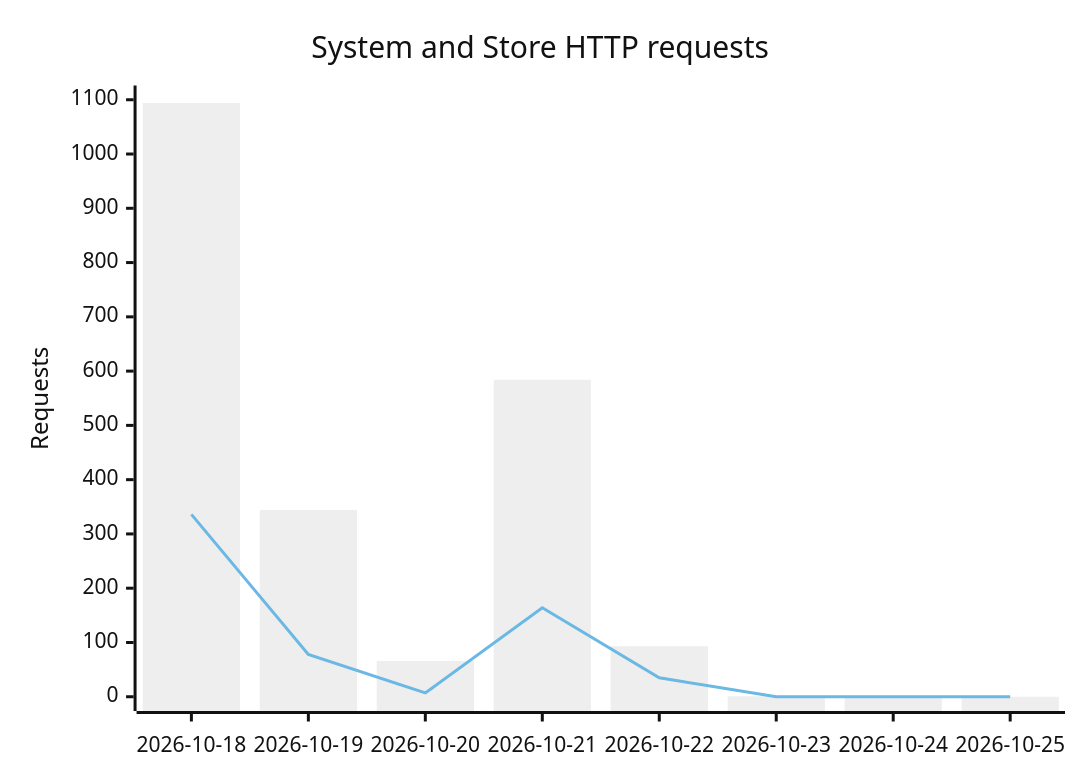
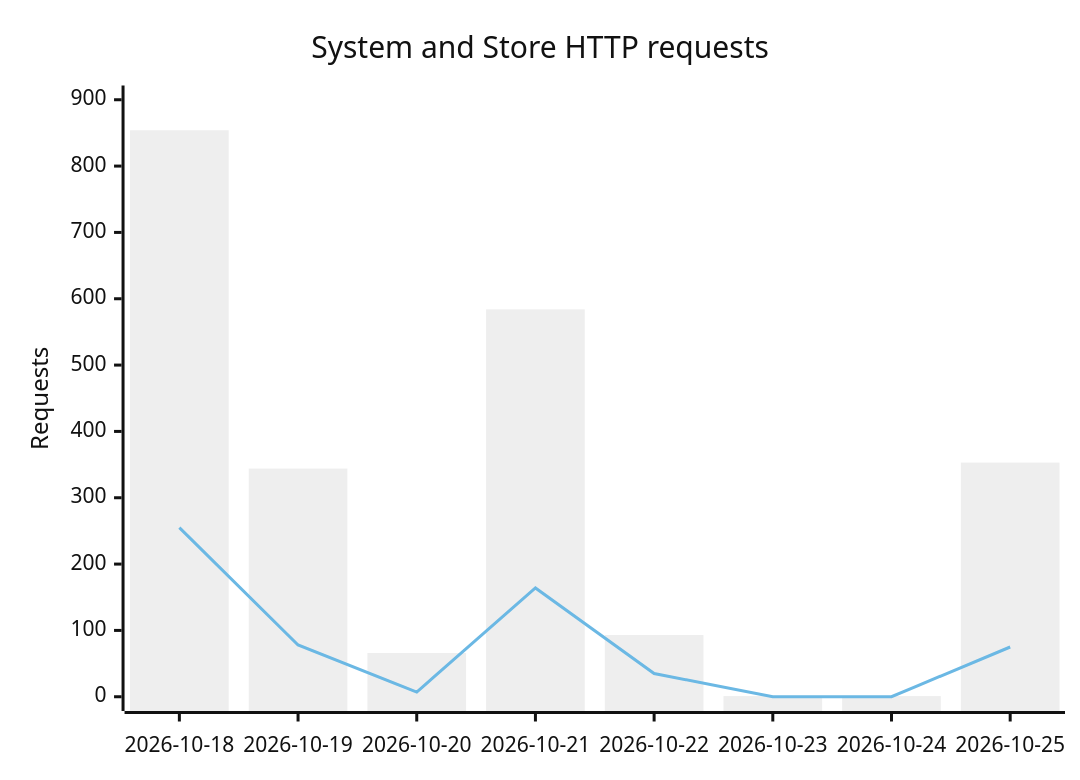
The diagram in APPLICATION-ACTIVITY.md (GeorgePlattDemo/3d-solutions-program), drawn with Mermaid (neutral theme) before and after one commit. The commit also changed other lines of this file and 2 other files, not shown here.

````diff
--- a/APPLICATION-ACTIVITY.md
+++ b/APPLICATION-ACTIVITY.md
@@ -9,8 +9,8 @@
 ```mermaid
 xychart-beta
     title "System and Store HTTP requests"
     x-axis ["2026-10-18","2026-10-19","2026-10-20","2026-10-21","2026-10-22","2026-10-23","2026-10-24","2026-10-25"]
-    y-axis "Requests" 0 --> 1100
-    bar [1094,344,66,584,93,1,1,0]
-    line [336,78,7,164,35,0,0,0]
+    y-axis "Requests" 0 --> 900
+    bar [854,344,66,584,93,1,1,353]
+    line [255,78,7,164,35,0,0,75]
 ```
````
